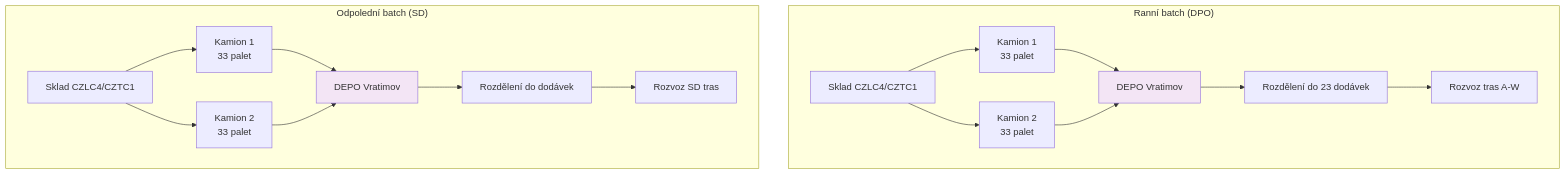
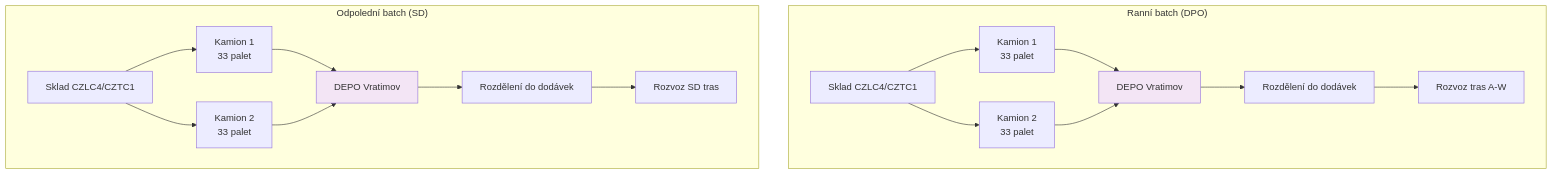
The fifth of 11 diagrams in docs/DIAGRAMS_TRANSPORT.md (JakubKrejcir/alza-cost-control), drawn with Mermaid before and after one commit. The commit also changed other lines of this file and 13 other files, not shown here.

````diff
--- a/docs/DIAGRAMS_TRANSPORT.md
+++ b/docs/DIAGRAMS_TRANSPORT.md
@@ -83,23 +149,23 @@
 ```mermaid
 flowchart TD
     subgraph RANO ["Ranní batch (DPO)"]
         A[Sklad CZLC4/CZTC1] --> B[Kamion 1<br/>33 palet]
         A --> C[Kamion 2<br/>33 palet]
         B --> D[DEPO Vratimov]
         C --> D
-        D --> E[Rozdělení do 23 dodávek]
+        D --> E[Rozdělení do dodávek]
         E --> F[Rozvoz tras A-W]
     end
     
     subgraph ODPO ["Odpolední batch (SD)"]
         G[Sklad CZLC4/CZTC1] --> H[Kamion 1<br/>33 palet]
         G --> I[Kamion 2<br/>33 palet]
         H --> J[DEPO Vratimov]
         I --> J
         J --> K[Rozdělení do dodávek]
         K --> L[Rozvoz SD tras]
     end
     
     style D fill:#f3e5f5
     style J fill:#f3e5f5
 ```
````
